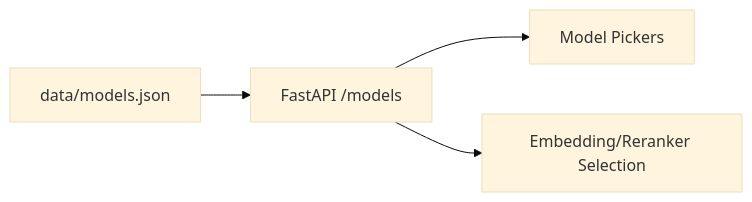
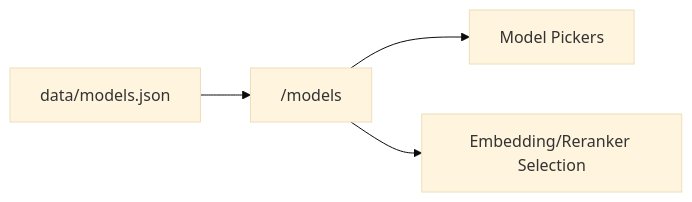
One commit to DMontgomery40/ragweld changed the diagram in mkdocs/docs/models.md. Above: the diagram before and after it, drawn with Mermaid (base theme). The commit also changed other lines of this file and 110 other files, not shown here.

````diff
--- a/mkdocs/docs/models.md
+++ b/mkdocs/docs/models.md
@@ -46,6 +46,6 @@
 ```mermaid
 flowchart LR
-    Catalog[data/models.json] --> API[FastAPI /models]
-    API --> UI[Model Pickers]
-    API --> Server[Embedding/Reranker Selection]
+    Catalog["data/models.json"] --> API["/models"]
+    API --> UI["Model Pickers"]
+    API --> Server["Embedding/Reranker Selection"]
 ```
````
